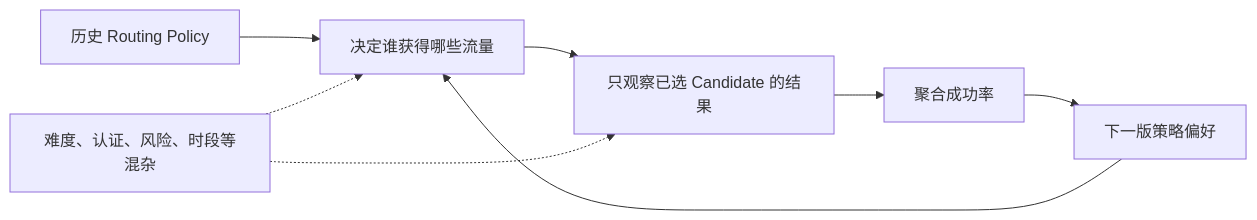
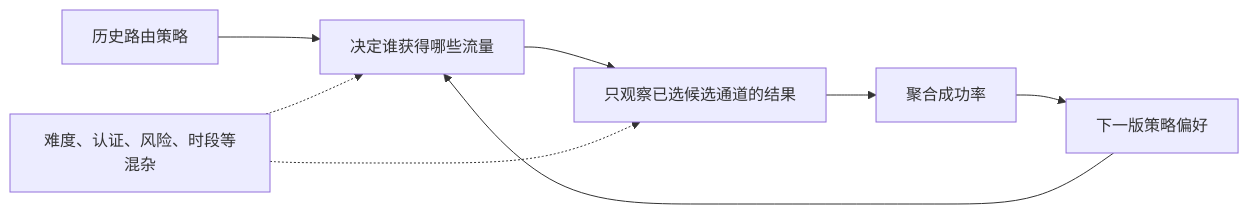
One commit to YouEclipse/Designing-Modern-Payment-Systems changed the first of 4 diagrams in part-2-routing-engine/success-rate-routing.md. Above: the diagram before and after it, drawn with Mermaid. The commit also changed other lines of this file and 59 other files, not shown here.

````diff
--- a/part-2-routing-engine/success-rate-routing.md
+++ b/part-2-routing-engine/success-rate-routing.md
@@ -39,10 +39,10 @@
 ```mermaid
 flowchart LR
-    Policy["历史 Routing Policy"] --> Exposure["决定谁获得哪些流量"]
-    Exposure --> Outcome["只观察已选 Candidate 的结果"]
+    Policy["历史路由策略"] --> Exposure["决定谁获得哪些流量"]
+    Exposure --> Outcome["只观察已选候选通道的结果"]
     Outcome --> Aggregate["聚合成功率"]
     Aggregate --> Next["下一版策略偏好"]
     Next --> Exposure
     Hard["难度、认证、风险、时段等混杂"] -.-> Exposure
     Hard -.-> Outcome
 ```
````
